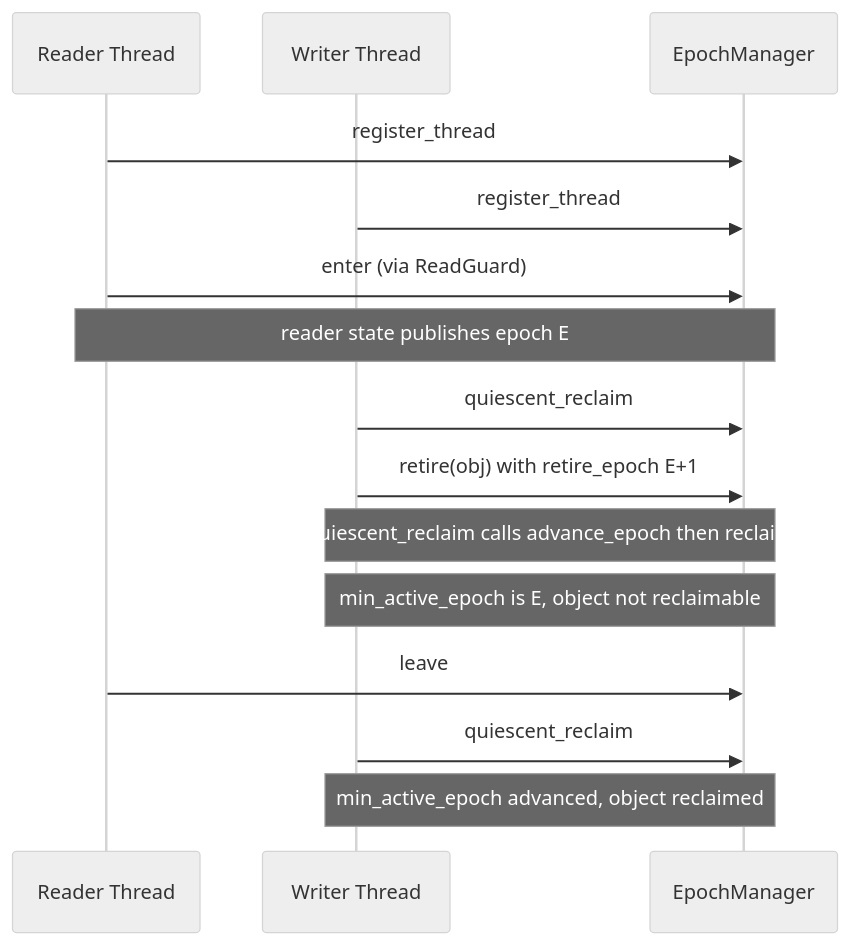
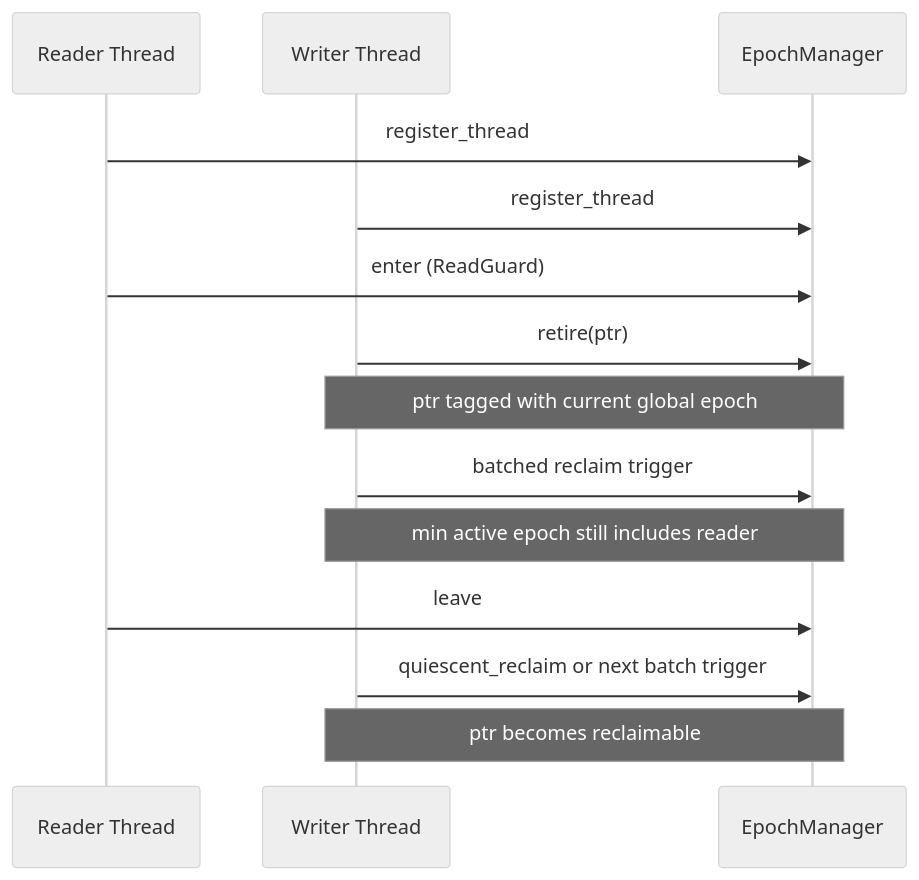
Before and after one commit to ankitkr-04/strata-db: the second of 3 diagrams in docs/architecture/01-epoch-reclamation.md, drawn with Mermaid (neutral theme). The commit also changed other lines of this file and 8 other files, not shown here.

First line of the commit message:
Refactor architecture documentation and add WAL staging

````diff
--- a/docs/architecture/01-epoch-reclamation.md
+++ b/docs/architecture/01-epoch-reclamation.md
@@ -79,18 +82,17 @@
 ```mermaid
 sequenceDiagram
     participant R as Reader Thread
     participant W as Writer Thread
-    participant EM as EpochManager
+    participant E as EpochManager
 
-    R->>EM: register_thread
-    W->>EM: register_thread
-    R->>EM: enter (via ReadGuard)
-    Note over R,EM: reader state publishes epoch E
-    W->>EM: quiescent_reclaim
-    W->>EM: retire(obj) with retire_epoch E+1
-    Note over W,EM: quiescent_reclaim calls advance_epoch then reclaim
-    Note over W,EM: min_active_epoch is E, object not reclaimable
-    R->>EM: leave
-    W->>EM: quiescent_reclaim
-    Note over W,EM: min_active_epoch advanced, object reclaimed
+    R->>E: register_thread
+    W->>E: register_thread
+    R->>E: enter (ReadGuard)
+    W->>E: retire(ptr)
+    Note over W,E: ptr tagged with current global epoch
+    W->>E: batched reclaim trigger
+    Note over W,E: min active epoch still includes reader
+    R->>E: leave
+    W->>E: quiescent_reclaim or next batch trigger
+    Note over W,E: ptr becomes reclaimable
 ```
````
